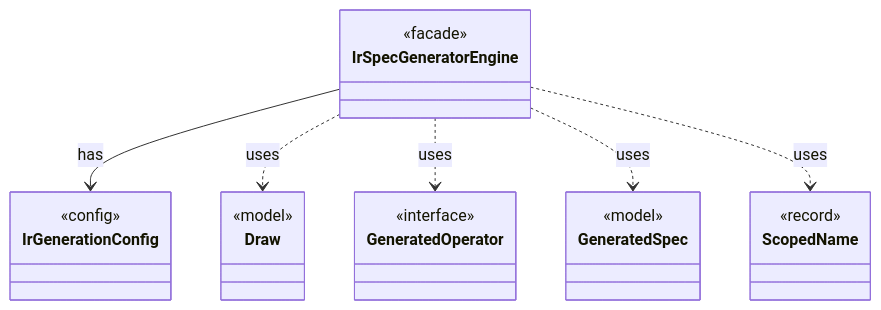
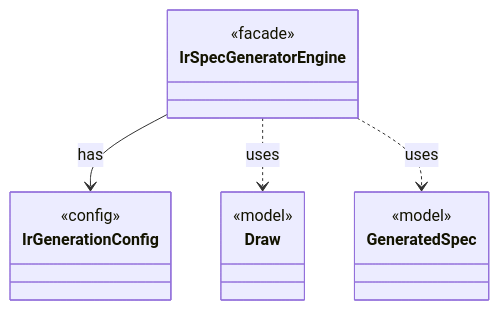
The diagram in dev/types/io.github.tlaplus.hardening.gen.engine.IrSpecGeneratorEngine.md (tlaplus/model-checker-hardening), drawn with Mermaid before and after one commit. The commit also changed other lines of this file and 401 other files, not shown here.

````diff
--- a/dev/types/io.github.tlaplus.hardening.gen.engine.IrSpecGeneratorEngine.md
+++ b/dev/types/io.github.tlaplus.hardening.gen.engine.IrSpecGeneratorEngine.md
@@ -7,26 +7,18 @@
 ```mermaid
 classDiagram
   class IrSpecGeneratorEngine {
     <<facade>>
   }
   class IrGenerationConfig {
     <<config>>
   }
   class Draw {
     <<model>>
   }
-  class GeneratedOperator {
-    <<interface>>
-  }
   class GeneratedSpec {
     <<model>>
   }
-  class ScopedName {
-    <<record>>
-  }
   IrSpecGeneratorEngine --> IrGenerationConfig : has
   IrSpecGeneratorEngine ..> Draw : uses
-  IrSpecGeneratorEngine ..> GeneratedOperator : uses
   IrSpecGeneratorEngine ..> GeneratedSpec : uses
-  IrSpecGeneratorEngine ..> ScopedName : uses
 ```
````
